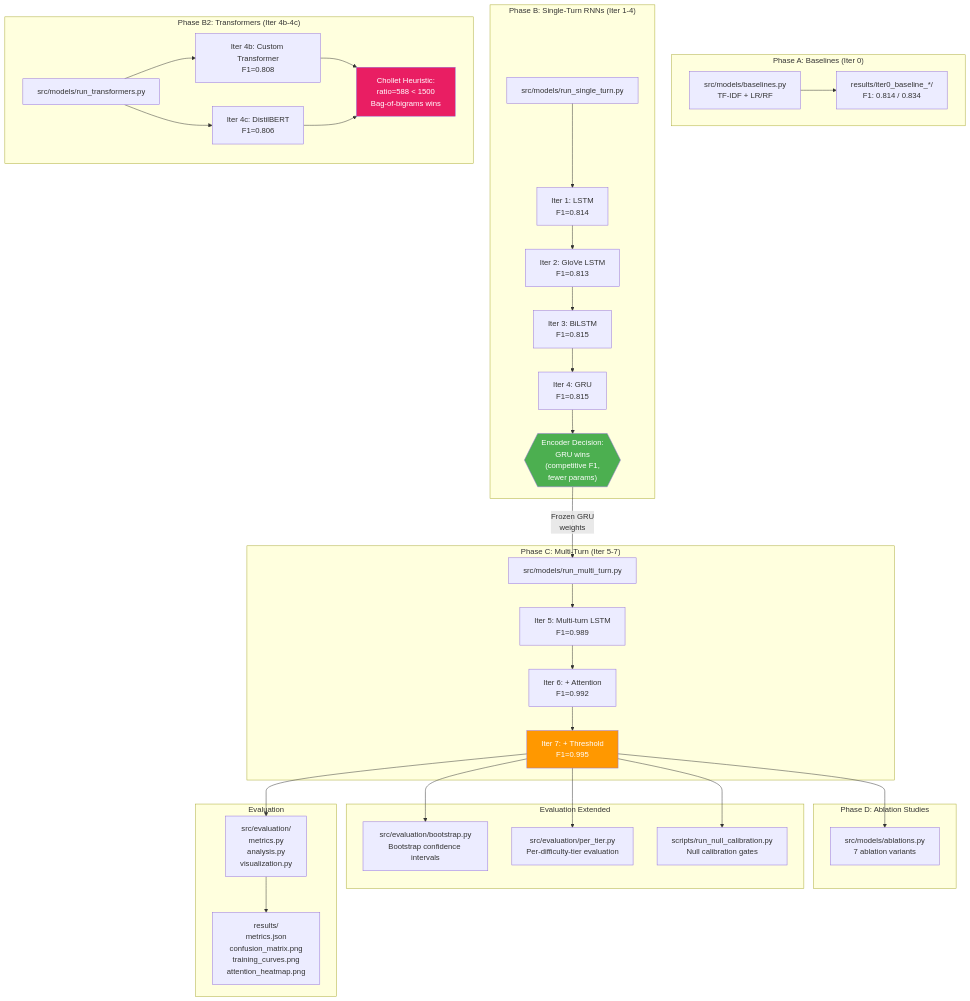
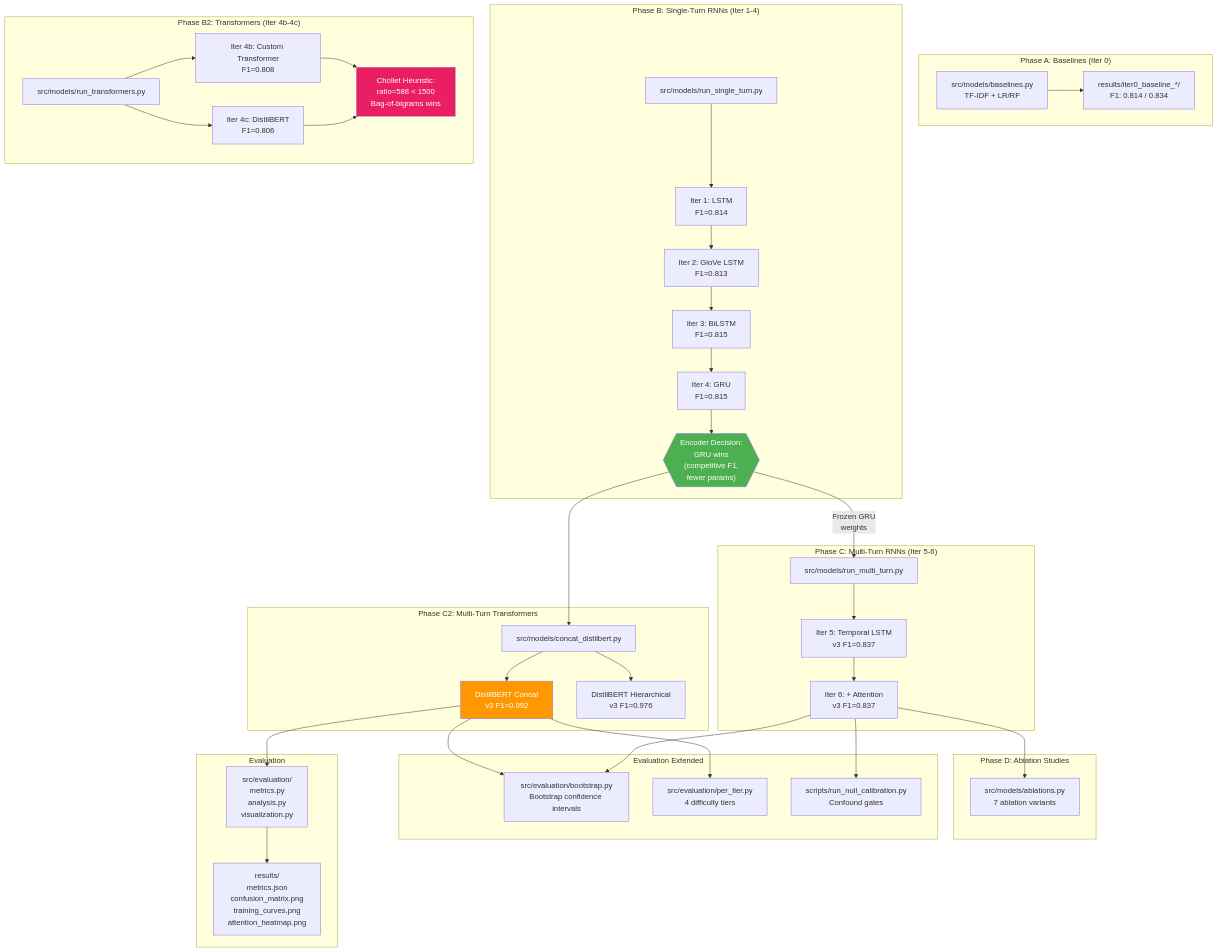
The second of 4 diagrams in README.md (rocklambros/multiturn-injection-detection), drawn with Mermaid before and after one commit. The commit also changed other lines of this file and 2 other files, not shown here.

First line of the commit message:
Correct all documentation to v3 shared-prefix evaluation results

````diff
--- a/README.md
+++ b/README.md
@@ -183,64 +191,72 @@
 ```mermaid
 flowchart TD
     subgraph "Phase A: Baselines (Iter 0)"
         BASE["src/models/baselines.py\nTF-IDF + LR/RF"]
         R0["results/iter0_baseline_*/\nF1: 0.814 / 0.834"]
     end
 
     subgraph "Phase B: Single-Turn RNNs (Iter 1-4)"
         ST["src/models/run_single_turn.py"]
         M1["Iter 1: LSTM\nF1=0.814"]
         M2["Iter 2: GloVe LSTM\nF1=0.813"]
         M3["Iter 3: BiLSTM\nF1=0.815"]
         M4["Iter 4: GRU\nF1=0.815"]
         DEC{{"Encoder Decision:\nGRU wins\n(competitive F1,\nfewer params)"}}
     end
 
     subgraph "Phase B2: Transformers (Iter 4b-4c)"
         TF["src/models/run_transformers.py"]
         M4B["Iter 4b: Custom Transformer\nF1=0.808"]
         M4C["Iter 4c: DistilBERT\nF1=0.806"]
         CHO["Chollet Heuristic:\nratio=588 < 1500\nBag-of-bigrams wins"]
     end
 
-    subgraph "Phase C: Multi-Turn (Iter 5-7)"
+    subgraph "Phase C: Multi-Turn RNNs (Iter 5-6)"
         MT["src/models/run_multi_turn.py"]
-        M5["Iter 5: Multi-turn LSTM\nF1=0.989"]
-        M6["Iter 6: + Attention\nF1=0.992"]
-        M7["Iter 7: + Threshold\nF1=0.995"]
+        M5["Iter 5: Temporal LSTM\nv3 F1=0.837"]
+        M6["Iter 6: + Attention\nv3 F1=0.837"]
+    end
+
+    subgraph "Phase C2: Multi-Turn Transformers"
+        DBT["src/models/concat_distilbert.py"]
+        DBC["DistilBERT Concat\nv3 F1=0.992"]
+        DBH["DistilBERT Hierarchical\nv3 F1=0.976"]
     end
 
     BASE --> R0
     ST --> M1 --> M2 --> M3 --> M4
     M4 --> DEC
     TF --> M4B & M4C --> CHO
 
     DEC -->|"Frozen GRU\nweights"| MT
-    MT --> M5 --> M6 --> M7
+    MT --> M5 --> M6
+    DEC --> DBT
+    DBT --> DBC & DBH
 
     subgraph "Phase D: Ablation Studies"
         ABL["src/models/ablations.py\n7 ablation variants"]
     end
 
     subgraph "Evaluation Extended"
         BS["src/evaluation/bootstrap.py\nBootstrap confidence intervals"]
-        PT["src/evaluation/per_tier.py\nPer-difficulty-tier evaluation"]
-        NC["scripts/run_null_calibration.py\nNull calibration gates"]
+        PT["src/evaluation/per_tier.py\n4 difficulty tiers"]
+        NC["scripts/run_null_calibration.py\nConfound gates"]
     end
 
-    M7 --> ABL
-    M7 --> BS
-    M7 --> PT
-    M7 --> NC
+    M6 --> ABL
+    DBC --> BS
+    DBC --> PT
+    M6 --> BS
+    M6 --> NC
 
     subgraph "Evaluation"
         EV["src/evaluation/\nmetrics.py\nanalysis.py\nvisualization.py"]
         RES["results/\nmetrics.json\nconfusion_matrix.png\ntraining_curves.png\nattention_heatmap.png"]
     end
 
-    M7 --> EV --> RES
+    DBC --> EV --> RES
 
     style DEC fill:#4CAF50,color:#fff
-    style M7 fill:#FF9800,color:#fff
+    style DBC fill:#FF9800,color:#fff
     style CHO fill:#E91E63,color:#fff
 ```
````
